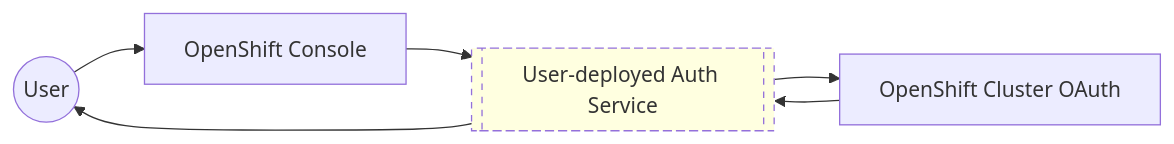
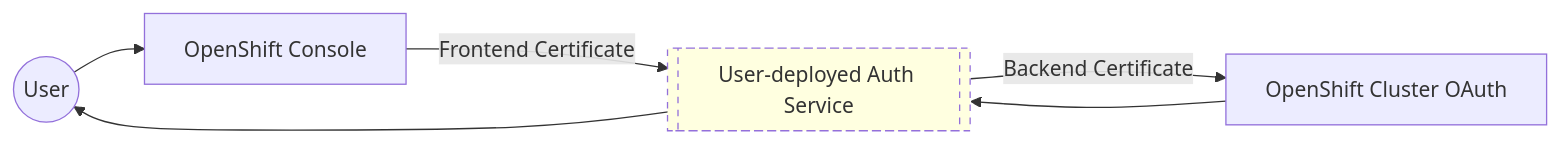
Before and after one commit to kincl/openshift-client-certificate-auth: the third of 3 diagrams in README.md, drawn with Mermaid.

Commit message:
adding clarity to diagram doc

````diff
--- a/README.md
+++ b/README.md
@@ -45,10 +45,13 @@
 ```mermaid
 flowchart LR
   user((User))
   console[OpenShift Console]
   oauth[OpenShift Cluster OAuth]
   service[[User-deployed Auth Service]] 
   style service fill:lightyellow,stroke-dasharray: 5 5
-  user-->console-->service-->oauth-->service
+  user-->console
+  console-- Frontend Certificate -->service
+  service-- Backend Certificate -->oauth
+  oauth-->service
   service-->user
 ```
````
